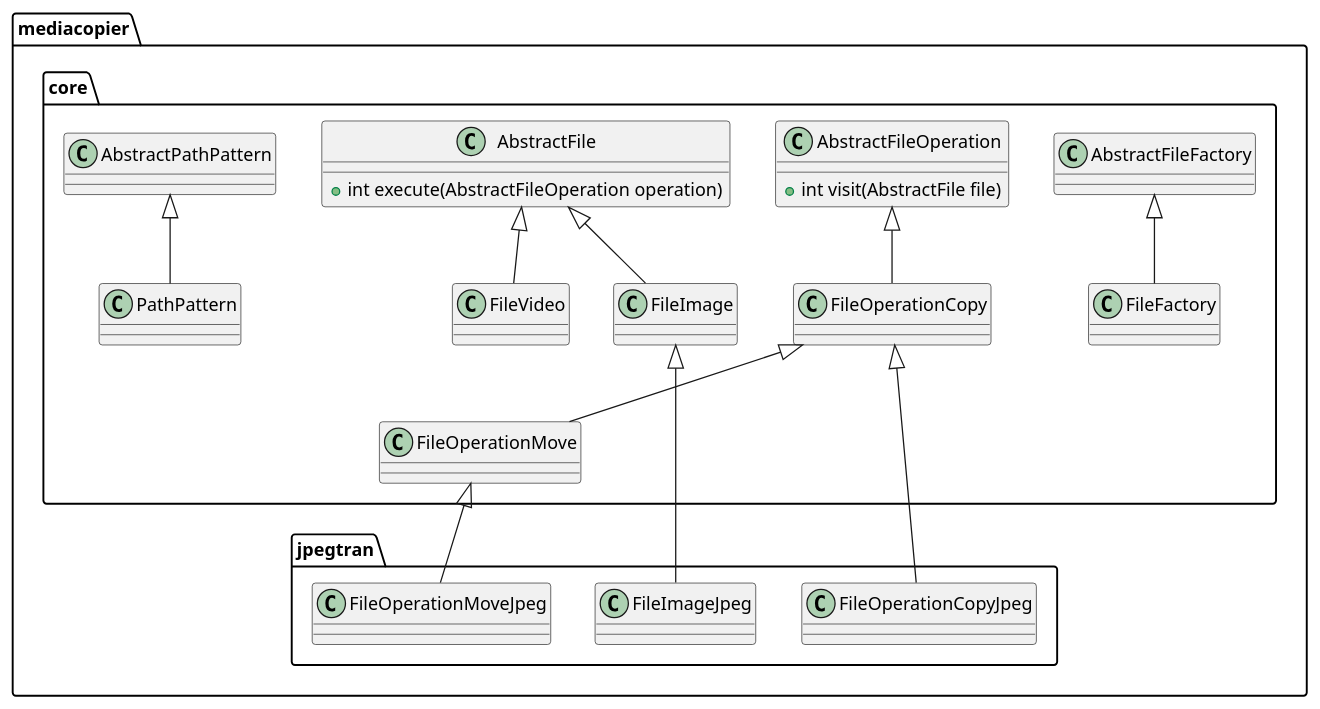
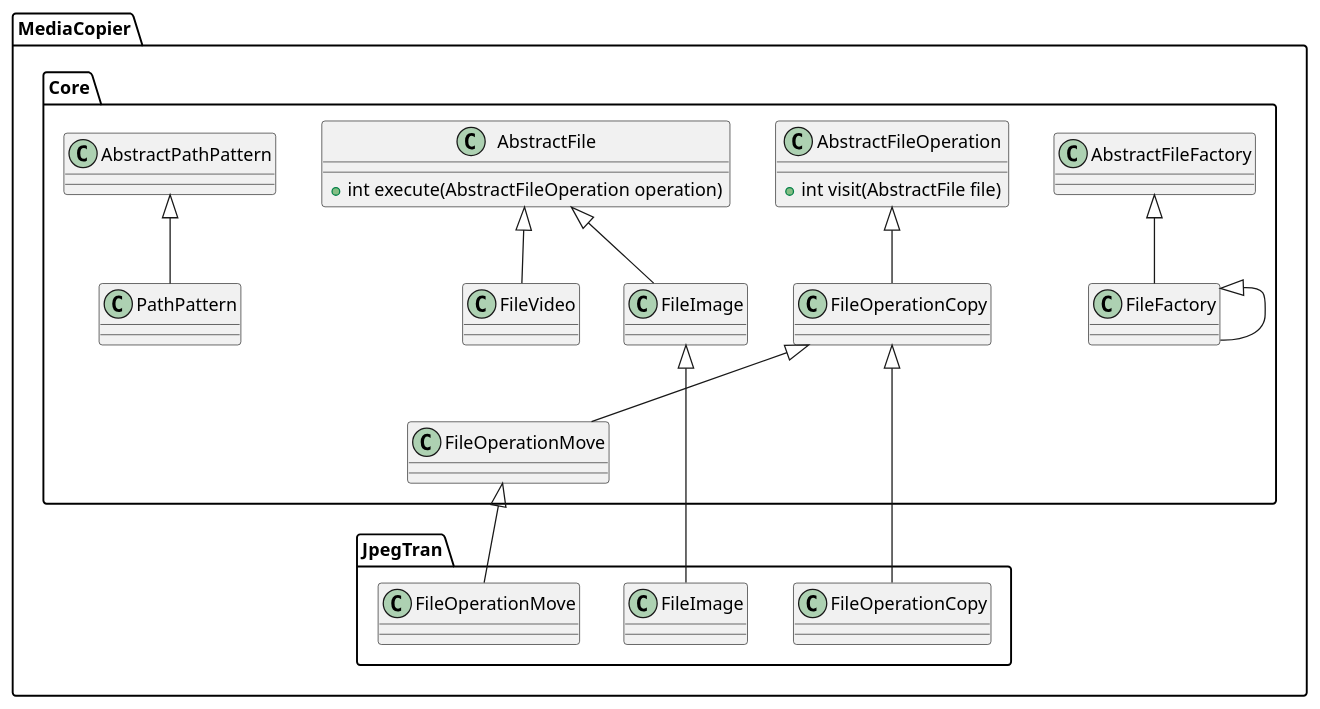
The diagram in doc/architecture_proposal/classes.puml (patrickziegler/mediacopier), drawn with PlantUML before and after one commit. The commit also changed 1 other file, not shown here.

Commit message:
Updating architecture proposal

```diff
--- a/doc/architecture_proposal/classes.puml
+++ b/doc/architecture_proposal/classes.puml
@@ -1,64 +1,65 @@
 @startuml
 set namespaceSeparator ::
 skinparam shadowing false
 
-namespace mediacopier {
-    namespace core {
+namespace MediaCopier {
+    namespace Core {
         class AbstractFileFactory {
         }
 
         class FileFactory {
         }
 
         class AbstractFile {
             +int execute(AbstractFileOperation operation)
         }
 
         class FileImage {
         }
 
         class FileVideo {
         }
 
         class AbstractFileOperation {
             +int visit(AbstractFile file)
         }
 
         class FileOperationCopy {
         }
 
         class FileOperationMove {
         }
 
         class AbstractPathPattern {
         }
 
         class PathPattern {
         }
 
         AbstractFile <|-- FileImage
         AbstractFile <|-- FileVideo
         AbstractFileFactory <|-- FileFactory
 
         AbstractFileOperation <|-- FileOperationCopy
         FileOperationCopy <|-- FileOperationMove
 
         AbstractPathPattern <|-- PathPattern
     }
 
-    namespace jpegtran {
-        class FileImageJpeg {
+    namespace JpegTran {
+        class FileImage {
         }
 
-        class FileOperationCopyJpeg {
+        class FileOperationCopy {
         }
 
-        class FileOperationMoveJpeg {
+        class FileOperationMove {
         }
 
-        mediacopier::core::FileImage <|-- FileImageJpeg
-        mediacopier::core::FileOperationCopy <|-- FileOperationCopyJpeg
-        mediacopier::core::FileOperationMove <|-- FileOperationMoveJpeg
+        MediaCopier::Core::FileFactory <|-- FileFactory
+        MediaCopier::Core::FileImage <|-- FileImage
+        MediaCopier::Core::FileOperationCopy <|-- FileOperationCopy
+        MediaCopier::Core::FileOperationMove <|-- FileOperationMove
     }
 }
 @enduml
```
